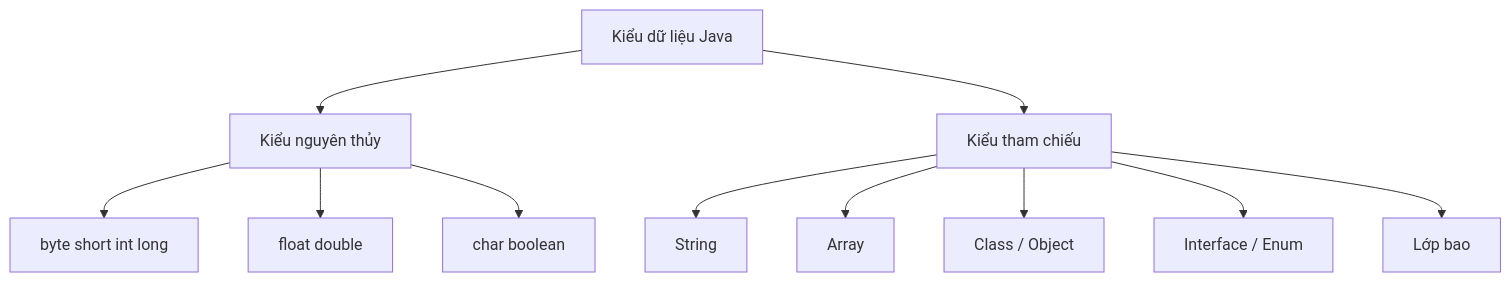
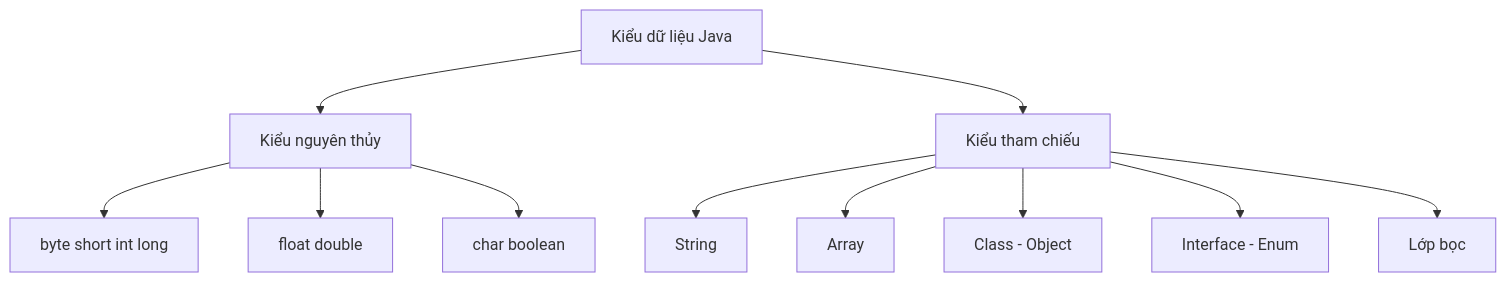
One commit to PhuThien2005/theoretical-of-java-core changed the diagram in vi/03-data-types/README.md. Above: the diagram before and after it, drawn with Mermaid. The commit also changed other lines of this file and 229 other files, not shown here.

````diff
--- a/vi/03-data-types/README.md
+++ b/vi/03-data-types/README.md
@@ -24,13 +24,13 @@
 ```mermaid
 flowchart TD
     A[Kiểu dữ liệu Java] --> B[Kiểu nguyên thủy]
     A --> C[Kiểu tham chiếu]
     B --> D[byte short int long]
     B --> E[float double]
     B --> F[char boolean]
     C --> G[String]
     C --> H[Array]
-    C --> I[Class / Object]
-    C --> J[Interface / Enum]
-    C --> K[Lớp bao]
+    C --> I[Class - Object]
+    C --> J[Interface - Enum]
+    C --> K[Lớp bọc]
 ```
````
